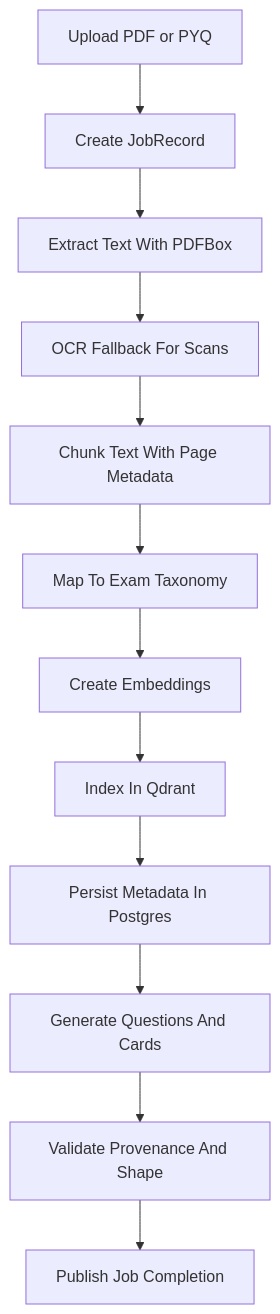
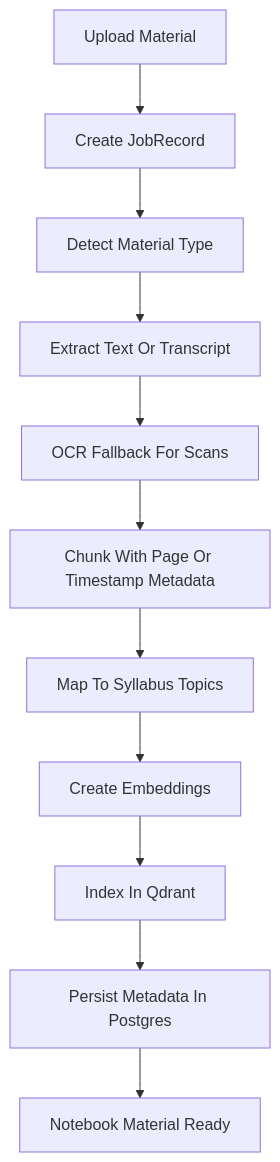
One commit to balajimalathi/preppy-flutter-quarkus-super-app changed the second of 2 diagrams in TECHNICAL.md. Above: the diagram before and after it, drawn with Mermaid. The commit also changed other lines of this file and 3 other files, not shown here.

Commit message:
refactor(docs): update ABOUT.md, README.md, and ROADMAP.md to clarify Preppy's focus on self-preparation for students, enhance product descriptions, and improve structure for better readability

````diff
--- a/TECHNICAL.md
+++ b/TECHNICAL.md
@@ -407,14 +437,13 @@
 ```mermaid
 flowchart TD
-    Upload[Upload PDF or PYQ] --> CreateJob[Create JobRecord]
-    CreateJob --> ExtractText[Extract Text With PDFBox]
+    Upload[Upload Material] --> CreateJob[Create JobRecord]
+    CreateJob --> DetectType[Detect Material Type]
+    DetectType --> ExtractText[Extract Text Or Transcript]
     ExtractText --> OcrFallback[OCR Fallback For Scans]
-    OcrFallback --> ChunkText[Chunk Text With Page Metadata]
-    ChunkText --> Classify[Map To Exam Taxonomy]
+    OcrFallback --> ChunkText[Chunk With Page Or Timestamp Metadata]
+    ChunkText --> Classify[Map To Syllabus Topics]
     Classify --> Embed[Create Embeddings]
     Embed --> IndexQdrant[Index In Qdrant]
     IndexQdrant --> StoreMetadata[Persist Metadata In Postgres]
-    StoreMetadata --> Generate[Generate Questions And Cards]
-    Generate --> Validate[Validate Provenance And Shape]
-    Validate --> Publish[Publish Job Completion]
+    StoreMetadata --> Ready[Notebook Material Ready]
 ```
````
